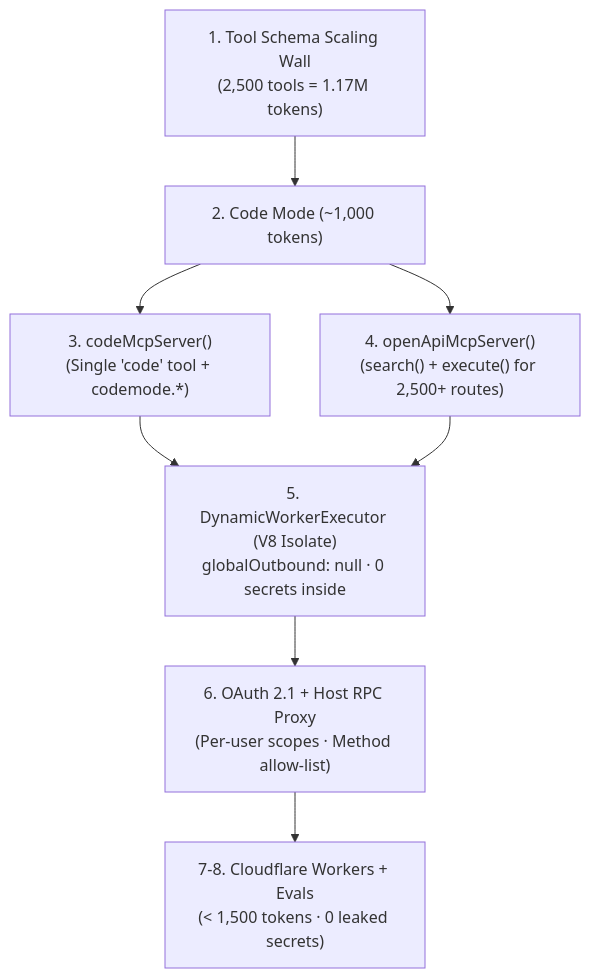
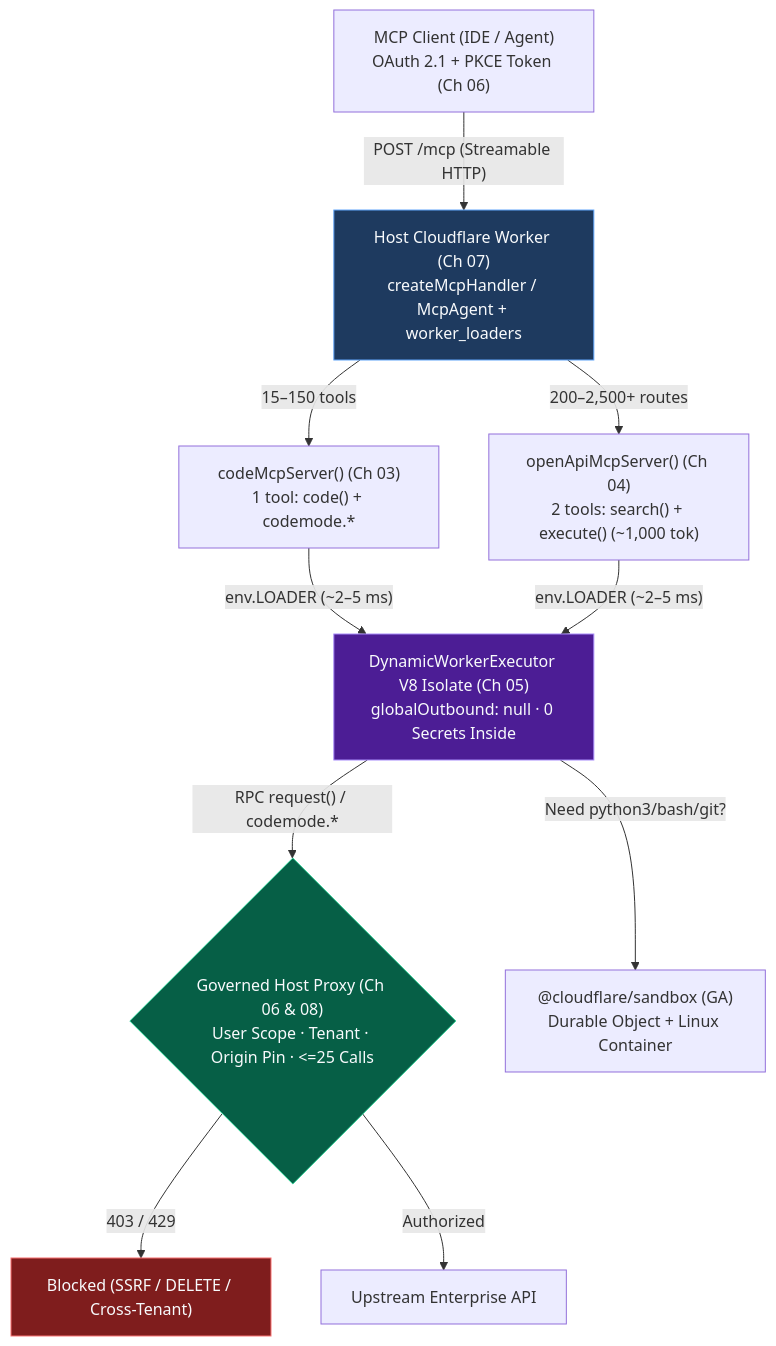
Before and after one commit to Amie-dev/FDE-and-GenAI-Mastery: the diagram in Lecture 31 - Cloudflare Code Mode MCP/notes/Lecture_31_Complete_Notes.md, drawn with Mermaid. The commit also changed other lines of this file and 13 other files, not shown here.

Commit message:
Refactor Lecture 44 and Lecture 45 notes for clarity and depth; enhance structure with executive summaries, chapter-by-chapter revisions, and detailed cheat sheets. Update diagrams to reflect improved architecture and flow, emphasizing security measures and identity management protocols.

````diff
--- a/Lecture 31 - Cloudflare Code Mode MCP/notes/Lecture_31_Complete_Notes.md
+++ b/Lecture 31 - Cloudflare Code Mode MCP/notes/Lecture_31_Complete_Notes.md
@@ -35,10 +37,16 @@
 ```mermaid
 flowchart TD
-    Wall["1. Tool Schema Scaling Wall<br/>(2,500 tools = 1.17M tokens)"] --> CM["2. Code Mode (~1,000 tokens)"]
-    CM --> P1["3. codeMcpServer()<br/>(Single 'code' tool + codemode.*)"]
-    CM --> P2["4. openApiMcpServer()<br/>(search() + execute() for 2,500+ routes)"]
-    P1 --> DW["5. DynamicWorkerExecutor (V8 Isolate)<br/>globalOutbound: null · 0 secrets inside"]
-    P2 --> DW
-    DW --> Auth["6. OAuth 2.1 + Host RPC Proxy<br/>(Per-user scopes · Method allow-list)"]
-    Auth --> Serve["7-8. Cloudflare Workers + Evals<br/>(< 1,500 tokens · 0 leaked secrets)"]
+    Client["MCP Client (IDE / Agent)<br/>OAuth 2.1 + PKCE Token (Ch 06)"] -->|"POST /mcp (Streamable HTTP)"| Worker["Host Cloudflare Worker (Ch 07)<br/>createMcpHandler / McpAgent + worker_loaders"]
+    Worker -->|"15–150 tools"| CM["codeMcpServer() (Ch 03)<br/>1 tool: code() + codemode.*"]
+    Worker -->|"200–2,500+ routes"| OA["openApiMcpServer() (Ch 04)<br/>2 tools: search() + execute() (~1,000 tok)"]
+    CM & OA -->|"env.LOADER (~2–5 ms)"| DW["DynamicWorkerExecutor V8 Isolate (Ch 05)<br/>globalOutbound: null · 0 Secrets Inside"]
+    DW -->|"RPC request() / codemode.*"| Proxy{"Governed Host Proxy (Ch 06 & 08)<br/>User Scope · Tenant · Origin Pin · <=25 Calls"}
+    Proxy -->|"403 / 429"| Block["Blocked (SSRF / DELETE / Cross-Tenant)"]
+    Proxy -->|"Authorized"| API["Upstream Enterprise API"]
+    DW -->|"Need python3/bash/git?"| SB["@cloudflare/sandbox (GA)<br/>Durable Object + Linux Container"]
+
+    style Worker fill:#1e3a5f,stroke:#60a5fa,color:#f8fafc
+    style DW fill:#4c1d95,stroke:#a78bfa,color:#f8fafc
+    style Proxy fill:#065f46,stroke:#34d399,color:#f8fafc
+    style Block fill:#7f1d1d,stroke:#f87171,color:#f8fafc
 ```
````
